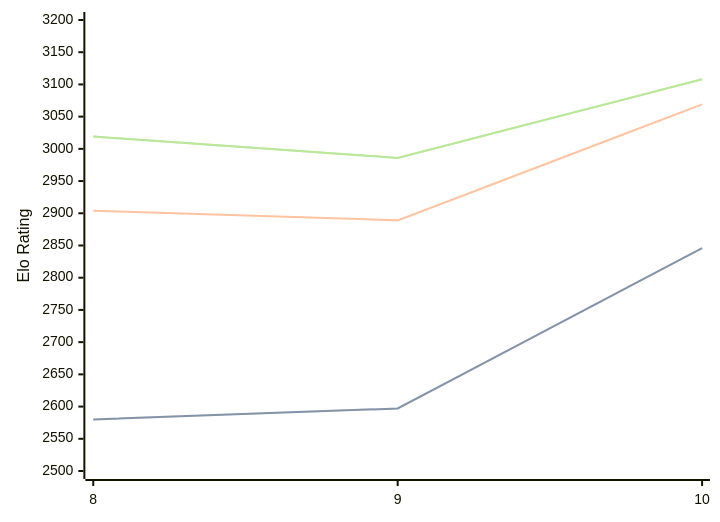
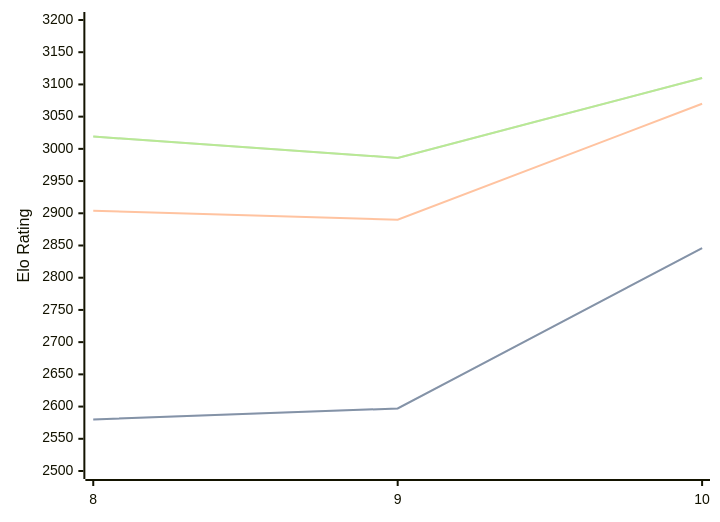
Before and after one commit to computer-chess-index/cci: the diagram in engines/Lozza.md, drawn with Mermaid. The commit also changed other lines of this file, not shown here.

Commit message:
Update CCI Ratings (ELO VLTC) - 2026-07-19

````diff
--- a/engines/Lozza.md
+++ b/engines/Lozza.md
@@ -41,11 +41,11 @@
 ```mermaid
 %%{init: {"theme":"base","themeVariables":{"seriesColors:['#a3a3a3','#222221','#faa371']}}}%%
 xychart-beta
   x-axis ["8", "9", "10"]
   y-axis "Elo Rating" 2500 --> 3200
   line "STC (8.0+0.08s)" [2580, 2597, 2846]
   line "STC (8.0+0.08s)" [2580, 2597, 2846]
-  line "LTC (60.0+0.60s)" [2904, 2889, 3069]
-  line "VLTC (2m24s+1.12s)" [3019, 2986, 3108]
-  line "VLTC (2m24s+1.12s)" [3019, 2986, 3108]
+  line "LTC (60.0+0.60s)" [2904, 2890, 3070]
+  line "VLTC (2m24s+1.12s)" [3019, 2986, 3110]
+  line "VLTC (2m24s+1.12s)" [3019, 2986, 3110]
 ```
````
